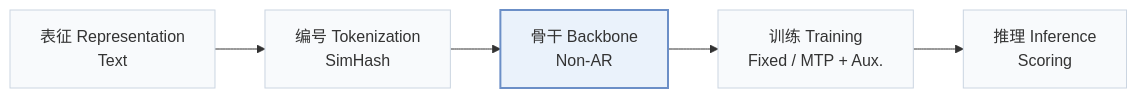
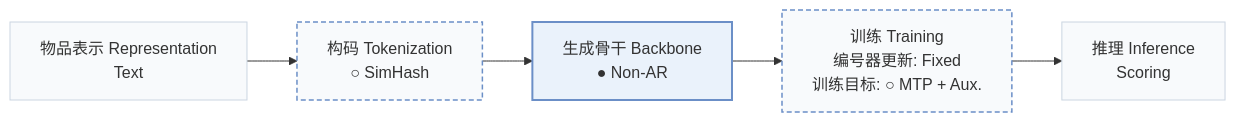
Before and after one commit to Galaxy-ghost/Awesome-SID-Generative-Rec: the first of 2 diagrams in pages/zh/papers/flash.md, drawn with Mermaid. The commit also changed other lines of this file and 558 other files, not shown here.

````diff
--- a/pages/zh/papers/flash.md
+++ b/pages/zh/papers/flash.md
@@ -15,8 +19,10 @@
 ```mermaid
 flowchart LR
-    R["表征 Representation<br/>Text"] --> T["编号 Tokenization<br/>SimHash"] --> B["骨干 Backbone<br/>Non-AR"] --> TR["训练 Training<br/>Fixed / MTP + Aux."] --> I["推理 Inference<br/>Scoring"]
+    R["物品表示 Representation<br/>Text"] --> T["构码 Tokenization<br/>○ SimHash"] --> B["生成骨干 Backbone<br/>● Non-AR"] --> TR["训练 Training<br/>编号器更新: Fixed<br/>训练目标: ○ MTP + Aux."] --> I["推理 Inference<br/>Scoring"]
     classDef base fill:#f8fafc,stroke:#cbd5e1
     class R,T,B,TR,I base
+    classDef other fill:#f8fafc,stroke:#6b8fc7,stroke-width:1.5px,stroke-dasharray:5 3
+    class T,TR other
     classDef main fill:#eaf2fb,stroke:#6b8fc7,stroke-width:2px
     class B main
 ```
````
